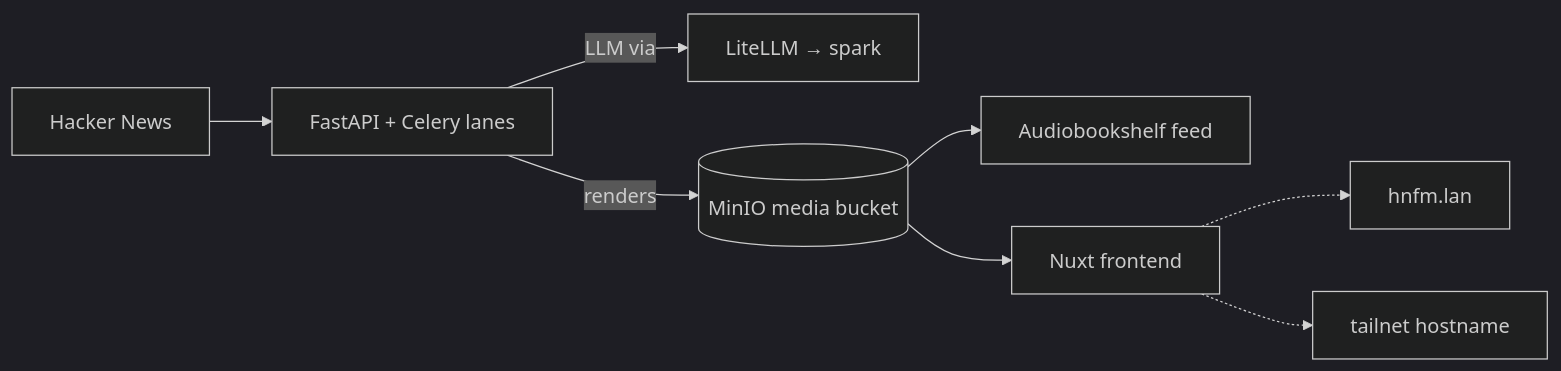
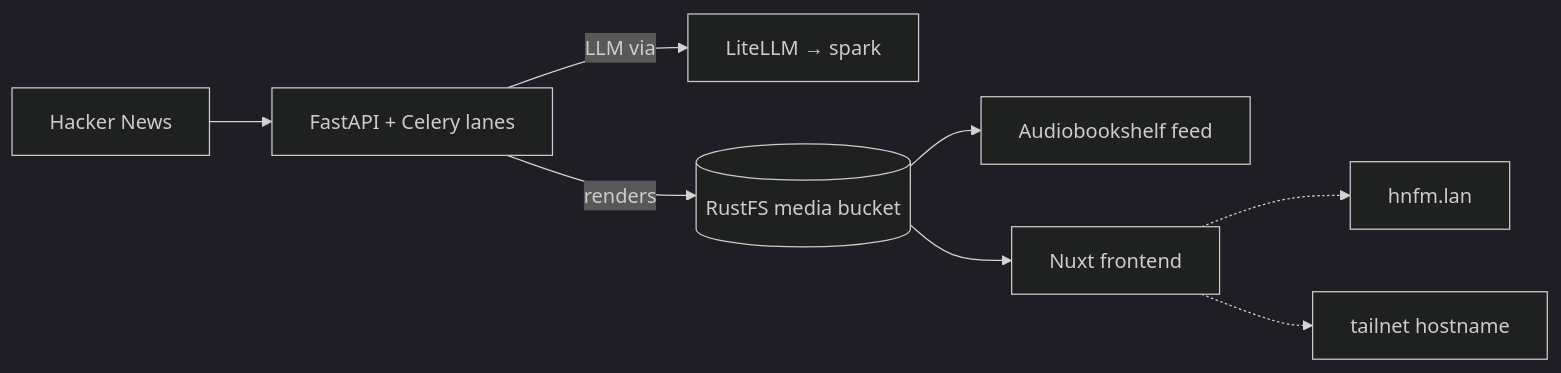
The diagram in docs-site/docs/media/hnfm.md (briancaffey/home-lab), drawn with Mermaid (dark theme) before and after one commit. The commit also changed other lines of this file and 28 other files, not shown here.

````diff
--- a/docs-site/docs/media/hnfm.md
+++ b/docs-site/docs/media/hnfm.md
@@ -23,10 +23,10 @@
 ```mermaid
 flowchart LR
     HN[Hacker News] --> WEB[FastAPI + Celery lanes]
     WEB -->|LLM via| LLM[LiteLLM → spark]
-    WEB -->|renders| MEDIA[(MinIO media bucket)]
+    WEB -->|renders| MEDIA[(RustFS media bucket)]
     MEDIA --> ABS[Audiobookshelf feed]
     MEDIA --> FE[Nuxt frontend]
     FE -.-> LAN[hnfm.lan]
     FE -.-> TS[tailnet hostname]
 ```
````
